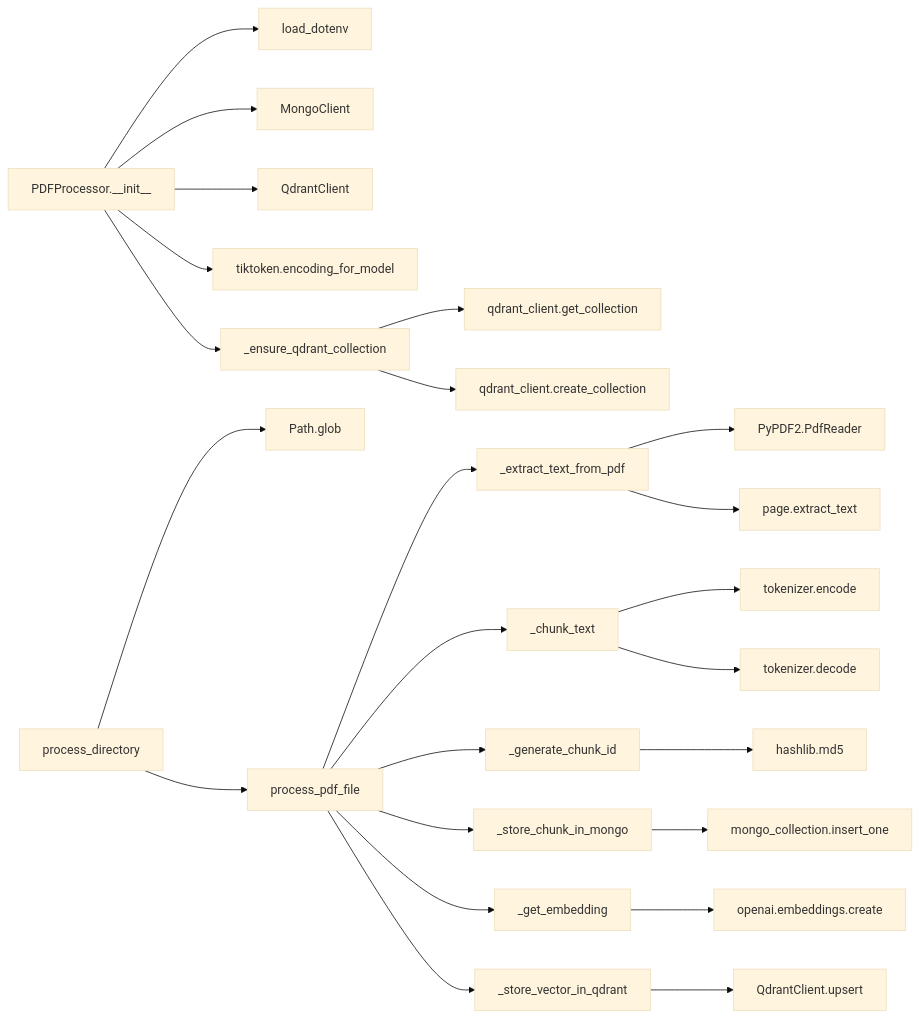
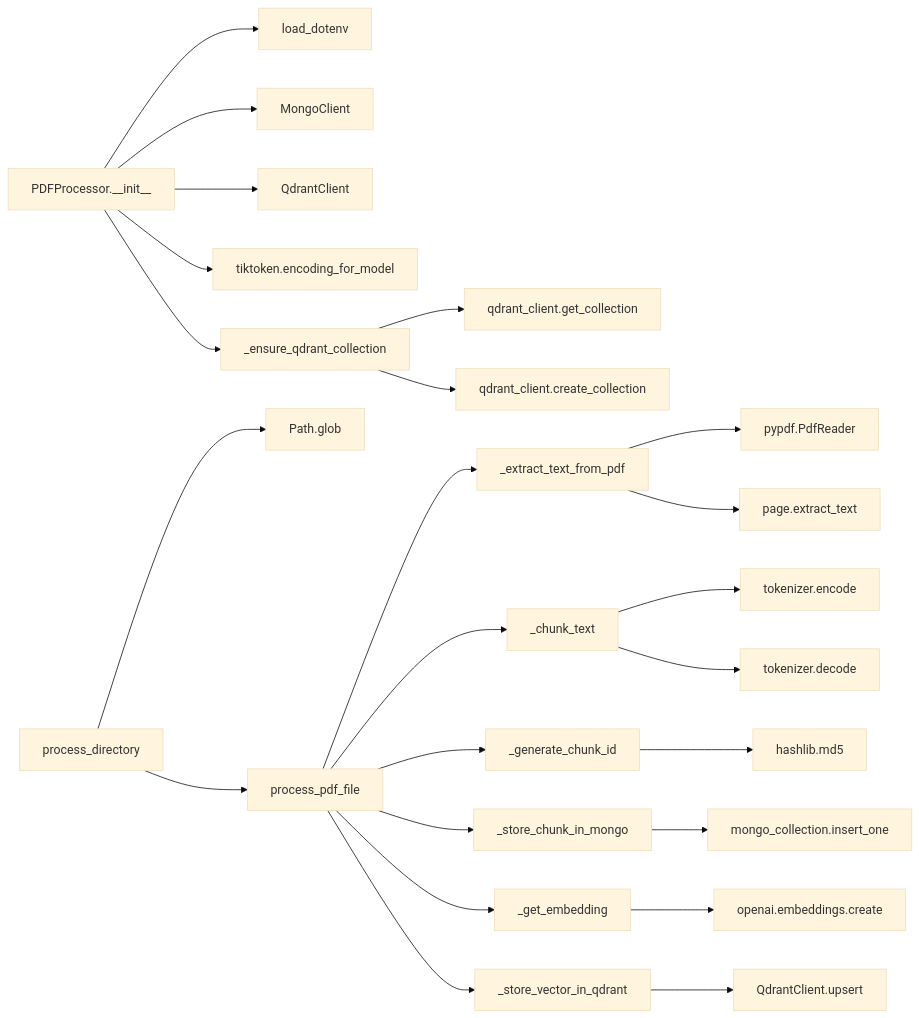
The second of 2 diagrams in application/loader/README.md (axler8r/GrokLangChain), drawn with Mermaid (base theme) before and after one commit. The commit also changed other lines of this file and 4 other files, not shown here.

First line of the commit message:
feat: migrate from deprecated PyPDF2 to pypdf

````diff
--- a/application/loader/README.md
+++ b/application/loader/README.md
@@ -63,35 +63,35 @@
 ```mermaid
 graph LR
     A[PDFProcessor.__init__] --> B[load_dotenv]
     A --> C[MongoClient]
     A --> D[QdrantClient]
     A --> E[tiktoken.encoding_for_model]
     A --> F[_ensure_qdrant_collection]
     
     G[process_directory] --> H[Path.glob]
     G --> I[process_pdf_file]
     
     I --> J[_extract_text_from_pdf]
     I --> K[_chunk_text]
     I --> L[_generate_chunk_id]
     I --> M[_store_chunk_in_mongo]
     I --> N[_get_embedding]
     I --> O[_store_vector_in_qdrant]
     
-    J --> P[PyPDF2.PdfReader]
+    J --> P[pypdf.PdfReader]
     J --> Q[page.extract_text]
     
     K --> R[tokenizer.encode]
     K --> S[tokenizer.decode]
     
     L --> T[hashlib.md5]
     
     M --> U[mongo_collection.insert_one]
     
     N --> V[openai.embeddings.create]
     
     O --> W[QdrantClient.upsert]
     
     F --> X[qdrant_client.get_collection]
     F --> Y[qdrant_client.create_collection]
 ```
````
